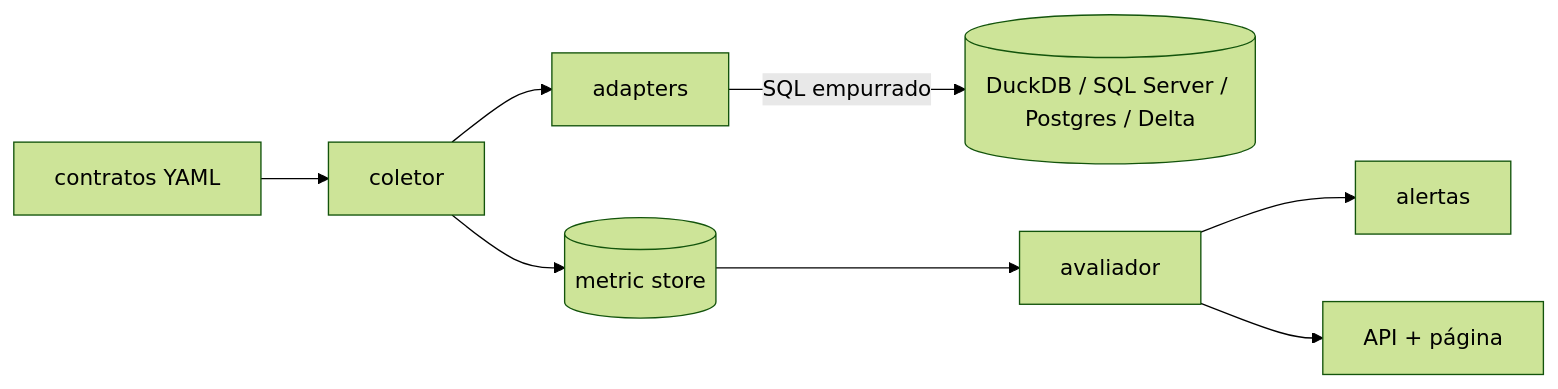
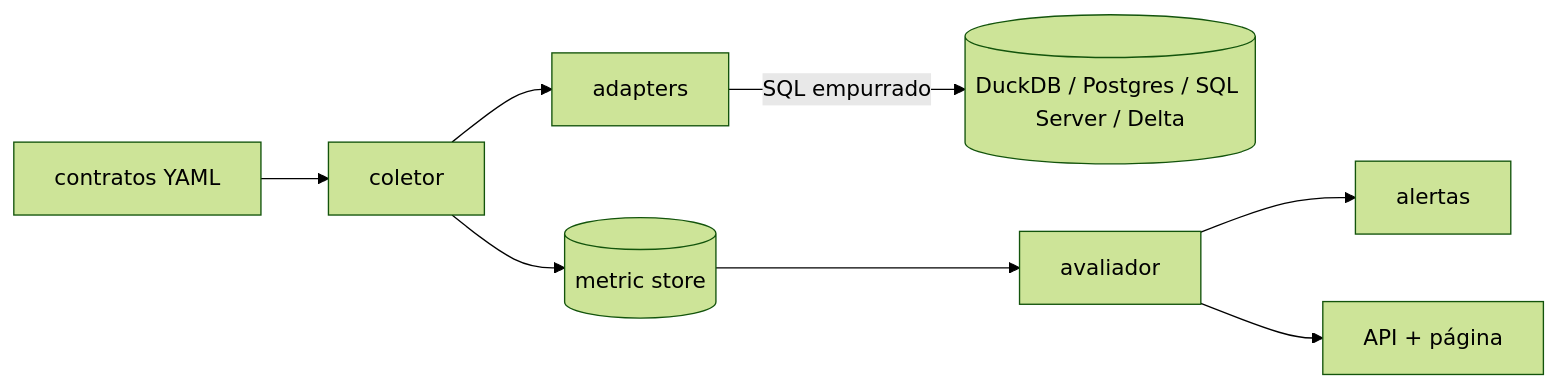
Before and after one commit to Mikhael-Groschitz/data-observability-multi-backend: the diagram in README.md, drawn with Mermaid (forest theme). The commit also changed other lines of this file and 19 other files, not shown here.

````diff
--- a/README.md
+++ b/README.md
@@ -26,10 +28,10 @@
 ```mermaid
 flowchart LR
     C[contratos YAML] --> COL[coletor]
     COL --> AD[adapters]
-    AD -->|SQL empurrado| DB[("DuckDB / SQL Server / Postgres / Delta")]
+    AD -->|SQL empurrado| DB[("DuckDB / Postgres / SQL Server / Delta")]
     COL --> MS[(metric store)]
     MS --> AV[avaliador]
     AV --> ALT[alertas]
     AV --> API[API + página]
 ```
````
